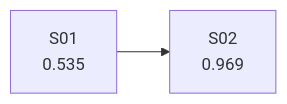
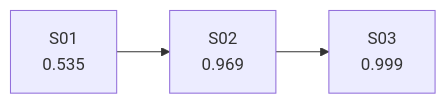
The diagram in results/evolution/mask/report.md (polinamiroshnichenko/masking-arena), drawn with Mermaid before and after one commit. The commit also changed other lines of this file and 24 other files, not shown here.

````diff
--- a/results/evolution/mask/report.md
+++ b/results/evolution/mask/report.md
@@ -9,6 +9,8 @@
 ```mermaid
 graph LR
   S01["S01<br/>0.535"]
   S02["S02<br/>0.969"]
   S01 --> S02
+  S03["S03<br/>0.999"]
+  S02 --> S03
 ```
````
